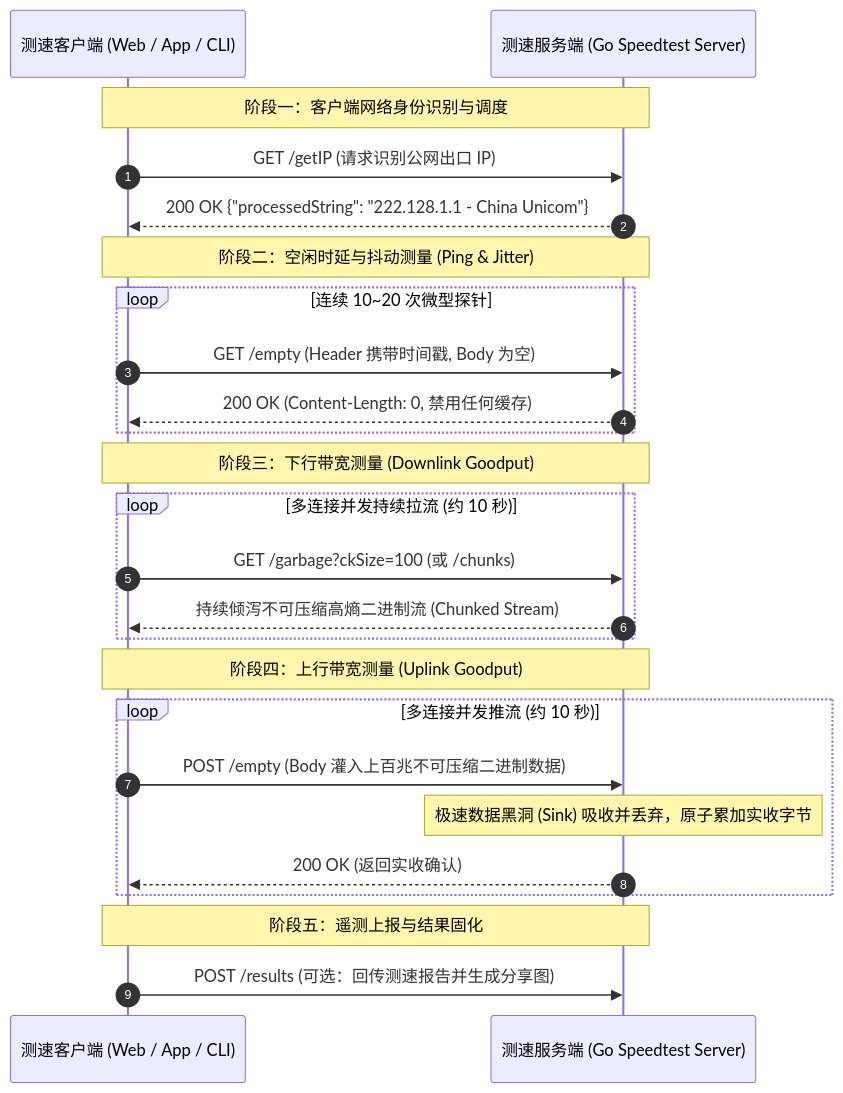
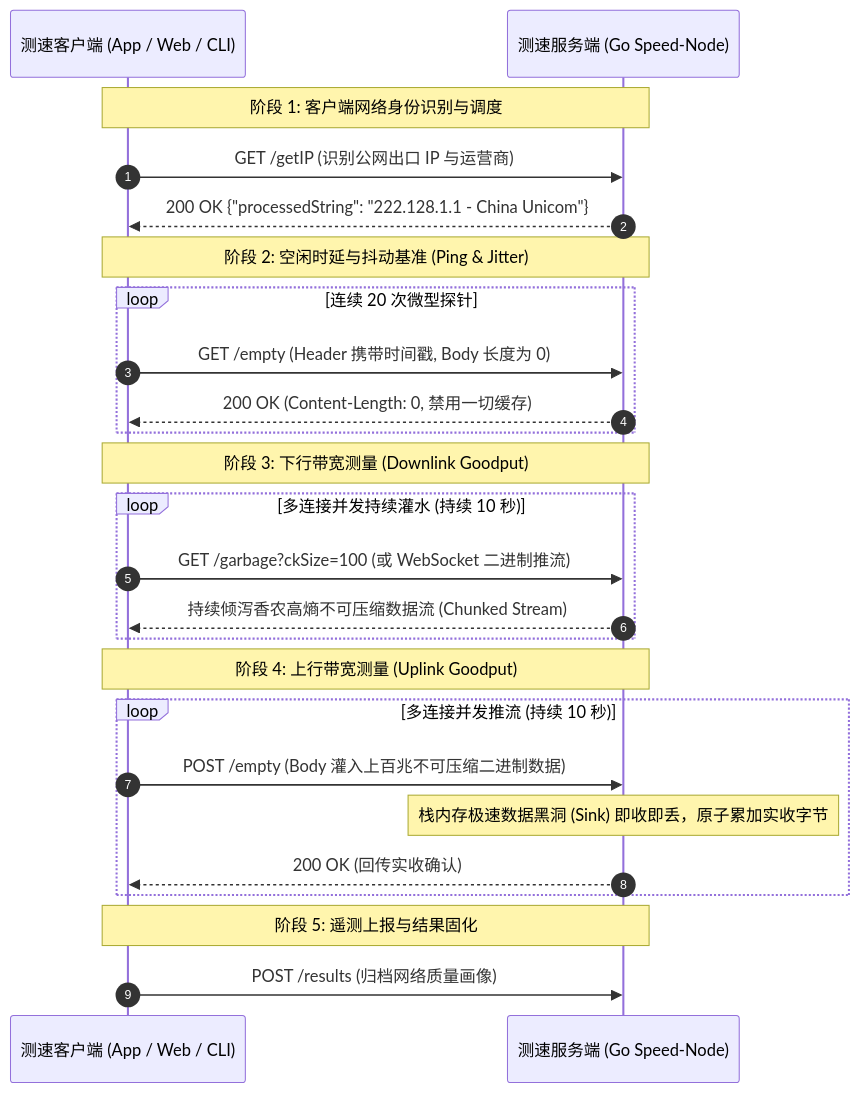
One commit to MoreConsequence/MoreConsequence.github.io changed the third of 6 diagrams in content/posts/speedtest-go-deep-dive-whitepaper.md. Above: the diagram before and after it, drawn with Mermaid. The commit also changed other lines of this file, not shown here.

````diff
--- a/content/posts/speedtest-go-deep-dive-whitepaper.md
+++ b/content/posts/speedtest-go-deep-dive-whitepaper.md
@@ -34,32 +74,32 @@
 ```mermaid
 sequenceDiagram
     autonumber
-    participant C as 测速客户端 (Web / App / CLI)
-    participant S as 测速服务端 (Go Speedtest Server)
+    participant C as 测速客户端 (App / Web / CLI)
+    participant S as 测速服务端 (Go Speed-Node)
 
-    Note over C,S: 阶段一：客户端网络身份识别与调度
-    C->>S: GET /getIP (请求识别公网出口 IP)
+    Note over C,S: 阶段 1: 客户端网络身份识别与调度
+    C->>S: GET /getIP (识别公网出口 IP 与运营商)
     S-->>C: 200 OK {"processedString": "222.128.1.1 - China Unicom"}
 
-    Note over C,S: 阶段二：空闲时延与抖动测量 (Ping & Jitter)
-    loop 连续 10~20 次微型探针
-        C->>S: GET /empty (Header 携带时间戳, Body 为空)
-        S-->>C: 200 OK (Content-Length: 0, 禁用任何缓存)
+    Note over C,S: 阶段 2: 空闲时延与抖动基准 (Ping & Jitter)
+    loop 连续 20 次微型探针
+        C->>S: GET /empty (Header 携带时间戳, Body 长度为 0)
+        S-->>C: 200 OK (Content-Length: 0, 禁用一切缓存)
     end
 
-    Note over C,S: 阶段三：下行带宽测量 (Downlink Goodput)
-    loop 多连接并发持续拉流 (约 10 秒)
-        C->>S: GET /garbage?ckSize=100 (或 /chunks)
-        S-->>C: 持续倾泻不可压缩高熵二进制流 (Chunked Stream)
+    Note over C,S: 阶段 3: 下行带宽测量 (Downlink Goodput)
+    loop 多连接并发持续灌水 (持续 10 秒)
+        C->>S: GET /garbage?ckSize=100 (或 WebSocket 二进制推流)
+        S-->>C: 持续倾泻香农高熵不可压缩数据流 (Chunked Stream)
     end
 
-    Note over C,S: 阶段四：上行带宽测量 (Uplink Goodput)
-    loop 多连接并发推流 (约 10 秒)
+    Note over C,S: 阶段 4: 上行带宽测量 (Uplink Goodput)
+    loop 多连接并发推流 (持续 10 秒)
         C->>S: POST /empty (Body 灌入上百兆不可压缩二进制数据)
-        Note over S: 极速数据黑洞 (Sink) 吸收并丢弃，原子累加实收字节
-        S-->>C: 200 OK (返回实收确认)
+        Note over S: 栈内存极速数据黑洞 (Sink) 即收即丢，原子累加实收字节
+        S-->>C: 200 OK (回传实收确认)
     end
 
-    Note over C,S: 阶段五：遥测上报与结果固化
-    C->>S: POST /results (可选：回传测速报告并生成分享图)
+    Note over C,S: 阶段 5: 遥测上报与结果固化
+    C->>S: POST /results (归档网络质量画像)
 ```
````
